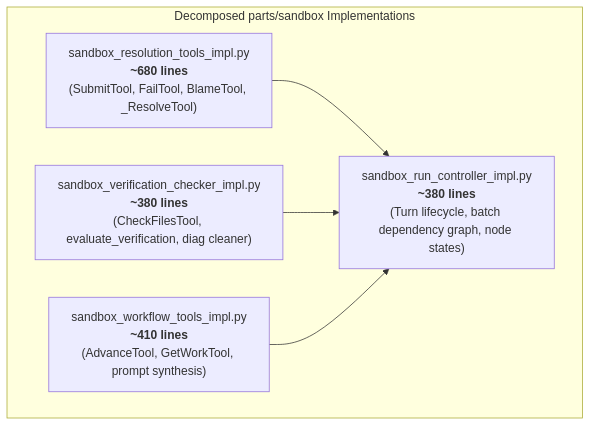
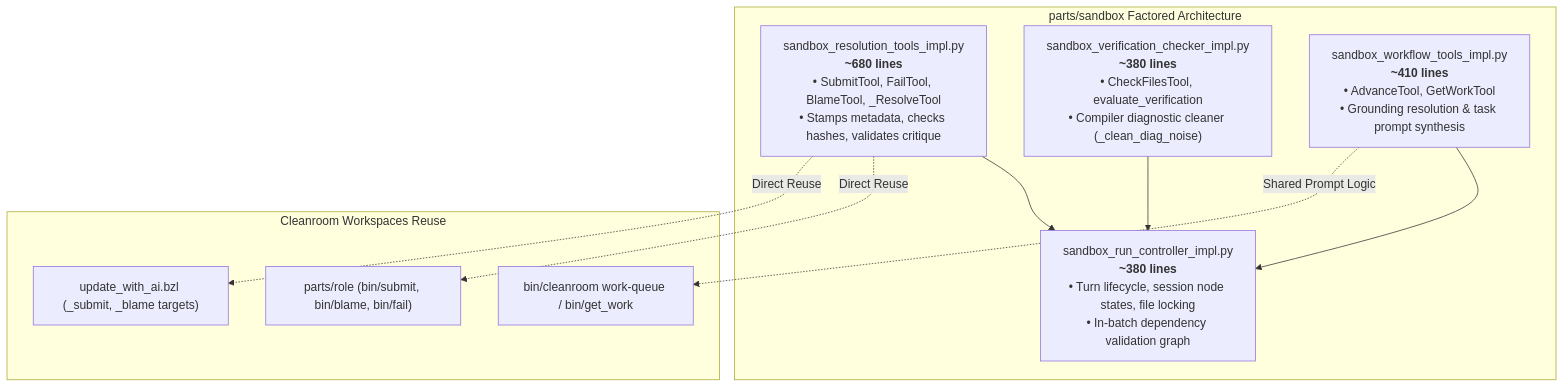
The second of 6 diagrams in design-docs/component_modularization_todo.md (mcdirmid/cleanroom), drawn with Mermaid before and after one commit. The commit also changed other lines of this file and 103 other files, not shown here.

First line of the commit message:
Refactor run control into parts/control and streamline sandbox tools

````diff
--- a/design-docs/component_modularization_todo.md
+++ b/design-docs/component_modularization_todo.md
@@ -47,13 +220,23 @@
 ```mermaid
 flowchart TD
-    subgraph Sandbox_Components["Decomposed parts/sandbox Implementations"]
-        RES["sandbox_resolution_tools_impl.py<br/><b>~680 lines</b><br/>(SubmitTool, FailTool, BlameTool, _ResolveTool)"]
-        CHK["sandbox_verification_checker_impl.py<br/><b>~380 lines</b><br/>(CheckFilesTool, evaluate_verification, diag cleaner)"]
-        WF["sandbox_workflow_tools_impl.py<br/><b>~410 lines</b><br/>(AdvanceTool, GetWorkTool, prompt synthesis)"]
-        RC["sandbox_run_controller_impl.py<br/><b>~380 lines</b><br/>(Turn lifecycle, batch dependency graph, node states)"]
+    subgraph Decomposed_Sandbox ["parts/sandbox Factored Architecture"]
+        RES["sandbox_resolution_tools_impl.py<br/><b>~680 lines</b><br/>• SubmitTool, FailTool, BlameTool, _ResolveTool<br/>• Stamps metadata, checks hashes, validates critique"]
+        CHK["sandbox_verification_checker_impl.py<br/><b>~380 lines</b><br/>• CheckFilesTool, evaluate_verification<br/>• Compiler diagnostic cleaner (_clean_diag_noise)"]
+        WF["sandbox_workflow_tools_impl.py<br/><b>~410 lines</b><br/>• AdvanceTool, GetWorkTool<br/>• Grounding resolution & task prompt synthesis"]
+        RC["sandbox_run_controller_impl.py<br/><b>~380 lines</b><br/>• Turn lifecycle, session node states, file locking<br/>• In-batch dependency validation graph"]
     end
 
     RES --> RC
     CHK --> RC
     WF --> RC
+
+    subgraph WorkspaceReuse ["Cleanroom Workspaces Reuse"]
+        RoleCLI["parts/role (bin/submit, bin/blame, bin/fail)"]
+        BazelRules["update_with_ai.bzl (_submit, _blame targets)"]
+        WorkQueue["bin/cleanroom work-queue / bin/get_work"]
+    end
+
+    RES -.->|"Direct Reuse"| RoleCLI
+    RES -.->|"Direct Reuse"| BazelRules
+    WF -.->|"Shared Prompt Logic"| WorkQueue
 ```
````
